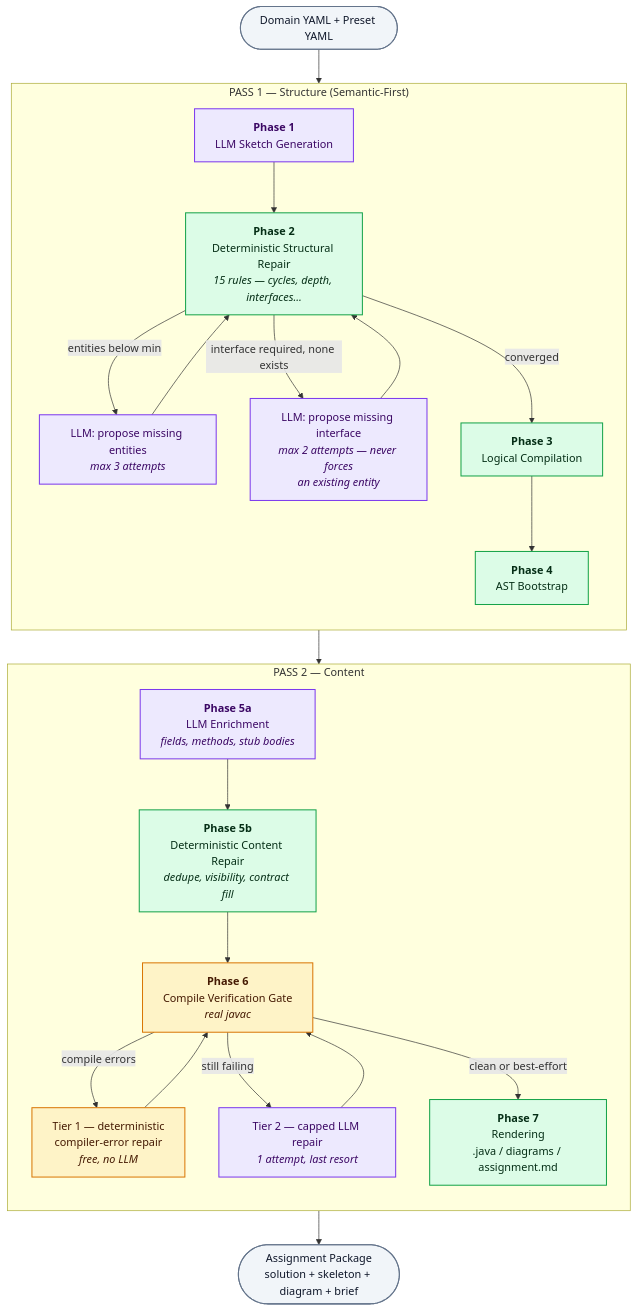
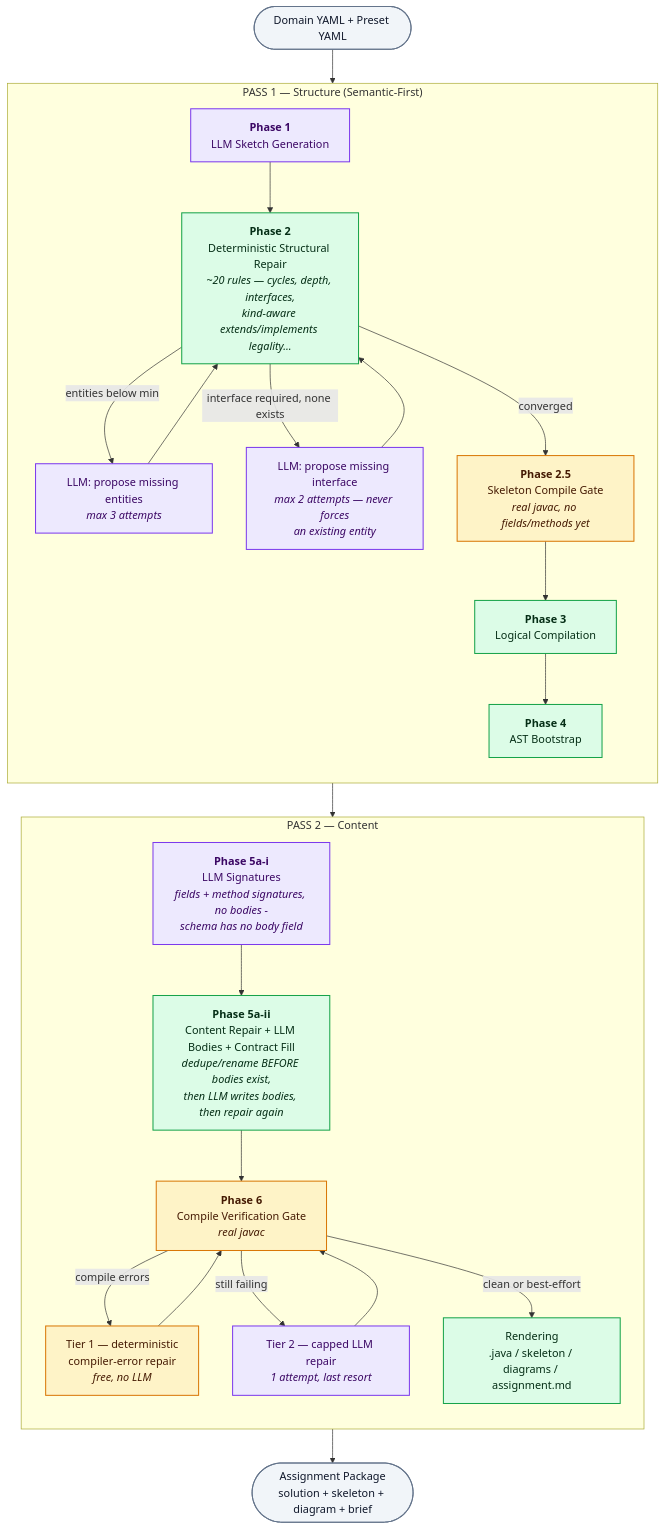
Before and after one commit to fwnguyen-kaiser/oop-assignment-generator: the diagram in README.md, drawn with Mermaid. The commit also changed other lines of this file, not shown here.

First line of the commit message:
Update README for Phase 2 audit: 2.5 gate, 5a-i/5a-ii split, disclosed open bugs

````diff
--- a/README.md
+++ b/README.md
@@ -45,46 +45,47 @@
 ```mermaid
 flowchart TD
     Start(["Domain YAML + Preset YAML"]) --> P1
 
     subgraph PASS1["PASS 1 — Structure (Semantic-First)"]
         direction TB
         P1["<b>Phase 1</b><br/>LLM Sketch Generation"]
-        P2["<b>Phase 2</b><br/>Deterministic Structural Repair<br/><i>15 rules — cycles, depth, interfaces...</i>"]
+        P2["<b>Phase 2</b><br/>Deterministic Structural Repair<br/><i>~20 rules — cycles, depth, interfaces,<br/>kind-aware extends/implements legality...</i>"]
+        P25["<b>Phase 2.5</b><br/>Skeleton Compile Gate<br/><i>real javac, no fields/methods yet</i>"]
         P1b["LLM: propose missing entities<br/><i>max 3 attempts</i>"]
         P1c["LLM: propose missing interface<br/><i>max 2 attempts — never forces<br/>an existing entity</i>"]
         P3["<b>Phase 3</b><br/>Logical Compilation"]
         P4["<b>Phase 4</b><br/>AST Bootstrap"]
     end
 
     P1 --> P2
     P2 -->|entities below min| P1b --> P2
     P2 -->|interface required, none exists| P1c --> P2
-    P2 -->|converged| P3 --> P4
+    P2 -->|converged| P25 --> P3 --> P4
 
     subgraph PASS2["PASS 2 — Content"]
         direction TB
-        P5a["<b>Phase 5a</b><br/>LLM Enrichment<br/><i>fields, methods, stub bodies</i>"]
-        P5b["<b>Phase 5b</b><br/>Deterministic Content Repair<br/><i>dedupe, visibility, contract fill</i>"]
+        P5ai["<b>Phase 5a-i</b><br/>LLM Signatures<br/><i>fields + method signatures, no bodies -<br/>schema has no body field</i>"]
+        P5aii["<b>Phase 5a-ii</b><br/>Content Repair + LLM Bodies + Contract Fill<br/><i>dedupe/rename BEFORE bodies exist,<br/>then LLM writes bodies, then repair again</i>"]
         P6["<b>Phase 6</b><br/>Compile Verification Gate<br/><i>real javac</i>"]
         T1["Tier 1 — deterministic<br/>compiler-error repair<br/><i>free, no LLM</i>"]
         T2["Tier 2 — capped LLM repair<br/><i>1 attempt, last resort</i>"]
-        P7["<b>Phase 7</b><br/>Rendering<br/>.java / diagrams / assignment.md"]
+        P7["Rendering<br/>.java / skeleton / diagrams / assignment.md"]
     end
 
-    P4 --> P5a --> P5b --> P6
+    P4 --> P5ai --> P5aii --> P6
     P6 -->|compile errors| T1 --> P6
     P6 -->|still failing| T2 --> P6
     P6 -->|clean or best-effort| P7
 
     P7 --> End(["Assignment Package<br/>solution + skeleton + diagram + brief"])
 
     classDef llm fill:#ede9fe,stroke:#7c3aed,color:#3b0764,stroke-width:1.5px;
     classDef code fill:#dcfce7,stroke:#16a34a,color:#052e16,stroke-width:1.5px;
     classDef gate fill:#fef3c7,stroke:#d97706,color:#451a03,stroke-width:1.5px;
     classDef endpoint fill:#f1f5f9,stroke:#64748b,color:#0f172a,stroke-width:1.5px;
 
-    class P1,P1b,P1c,P5a,T2 llm;
-    class P2,P3,P4,P5b,P7 code;
-    class P6,T1 gate;
+    class P1,P1b,P1c,P5ai,T2 llm;
+    class P2,P3,P4,P5aii,P7 code;
+    class P25,P6,T1 gate;
     class Start,End endpoint;
 ```
````
